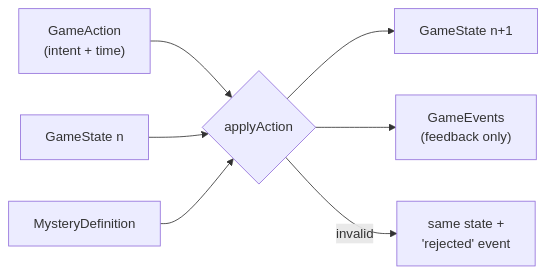
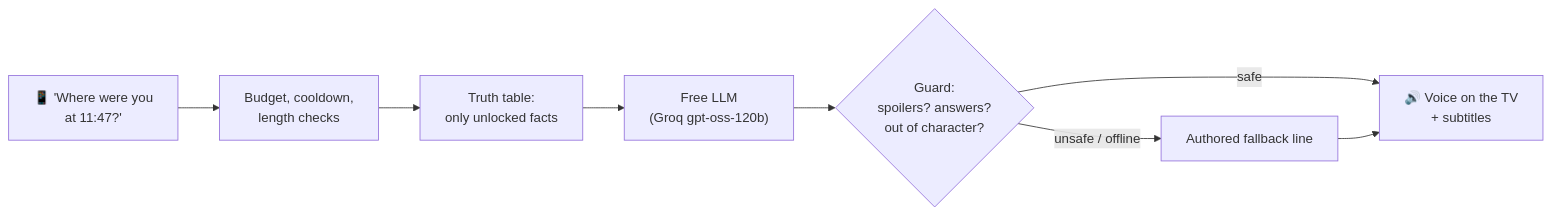
The first of 2 diagrams in README.md (perhaps-aksh/RoomRiddle), drawn with Mermaid before and after one commit. The commit also changed other lines of this file and 12 other files, not shown here.

````diff
--- a/README.md
+++ b/README.md
@@ -177,9 +85,9 @@
 ```mermaid
 flowchart LR
-  A["GameAction<br/>(intent + time)"] --> R{"applyAction"}
-  S0["GameState n"] --> R
-  M["MysteryDefinition"] --> R
-  R --> S1["GameState n+1"]
-  R --> E["GameEvents<br/>(feedback only)"]
-  R -->|"invalid"| X["same state +<br/>'rejected' event"]
+  Q["📱 'Where were you<br/>at 11:47?'"] --> B["Budget, cooldown,<br/>length checks"]
+  B --> F["Truth table:<br/>only unlocked facts"]
+  F --> M["Free LLM<br/>(Groq gpt-oss-120b)"]
+  M --> G{"Guard:<br/>spoilers? answers?<br/>out of character?"}
+  G -- safe --> V["🔊 Voice on the TV<br/>+ subtitles"]
+  G -- unsafe / offline --> A["Authored fallback line"] --> V
 ```
````
